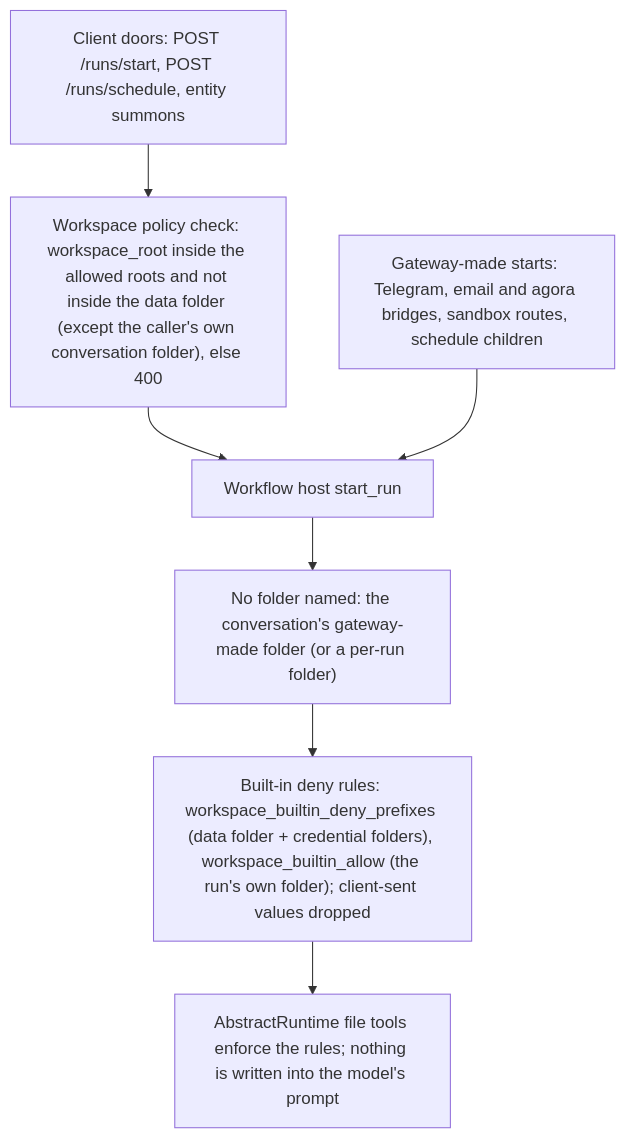
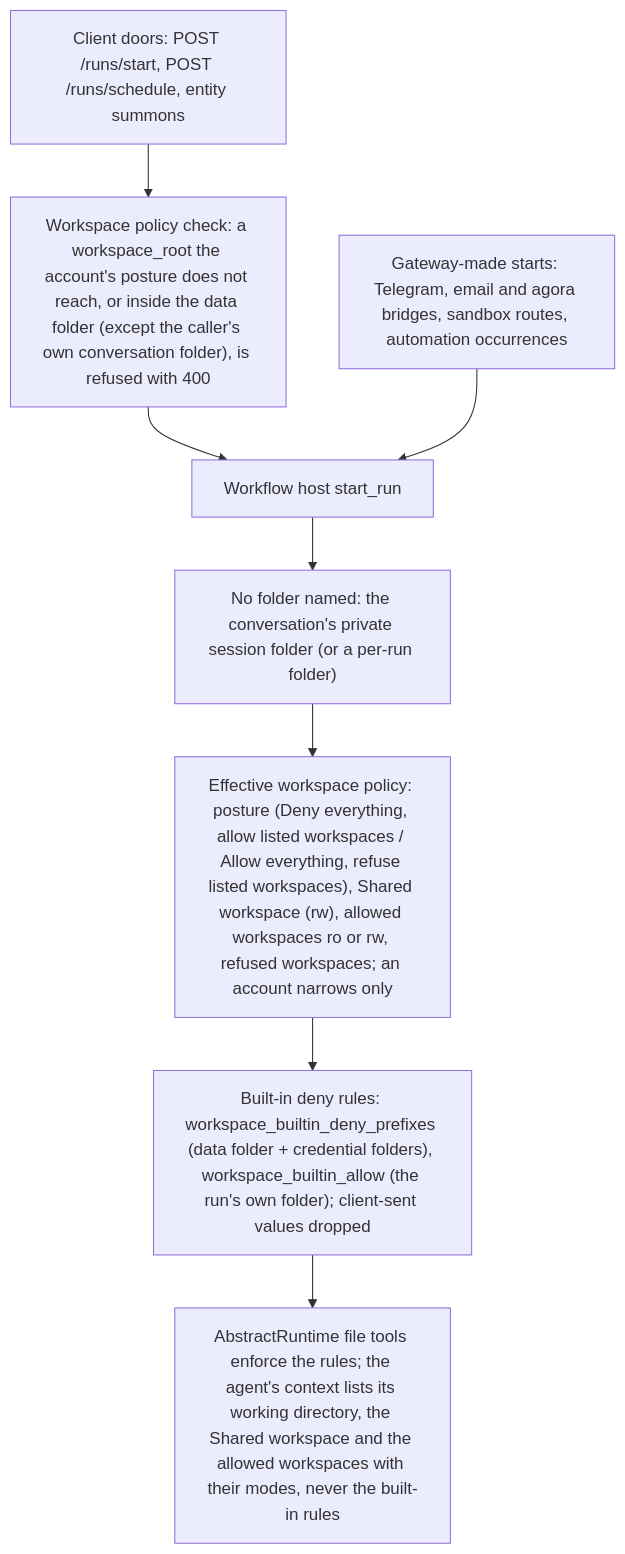
The sixth of 8 diagrams in docs/architecture.md (lpalbou/AbstractGateway), drawn with Mermaid before and after one commit. The commit also changed other lines of this file and 8 other files, not shown here.

````diff
--- a/docs/architecture.md
+++ b/docs/architecture.md
@@ -438,9 +439,10 @@
 ```mermaid
 flowchart TB
-  Http["Client doors: POST /runs/start, POST /runs/schedule, entity summons"] --> Policy["Workspace policy check: workspace_root inside the allowed roots and not inside the data folder (except the caller's own conversation folder), else 400"]
+  Http["Client doors: POST /runs/start, POST /runs/schedule, entity summons"] --> Policy["Workspace policy check: a workspace_root the account's posture does not reach, or inside the data folder (except the caller's own conversation folder), is refused with 400"]
   Policy --> Start["Workflow host start_run"]
-  Internal["Gateway-made starts: Telegram, email and agora bridges, sandbox routes, schedule children"] --> Start
-  Start --> Ensure["No folder named: the conversation's gateway-made folder (or a per-run folder)"]
-  Ensure --> Deny["Built-in deny rules: workspace_builtin_deny_prefixes (data folder + credential folders), workspace_builtin_allow (the run's own folder); client-sent values dropped"]
-  Deny --> Tools["AbstractRuntime file tools enforce the rules; nothing is written into the model's prompt"]
+  Internal["Gateway-made starts: Telegram, email and agora bridges, sandbox routes, automation occurrences"] --> Start
+  Start --> Ensure["No folder named: the conversation's private session folder (or a per-run folder)"]
+  Ensure --> Apply["Effective workspace policy: posture (Deny everything, allow listed workspaces / Allow everything, refuse listed workspaces), Shared workspace (rw), allowed workspaces ro or rw, refused workspaces; an account narrows only"]
+  Apply --> Deny["Built-in deny rules: workspace_builtin_deny_prefixes (data folder + credential folders), workspace_builtin_allow (the run's own folder); client-sent values dropped"]
+  Deny --> Tools["AbstractRuntime file tools enforce the rules; the agent's context lists its working directory, the Shared workspace and the allowed workspaces with their modes, never the built-in rules"]
 ```
````
